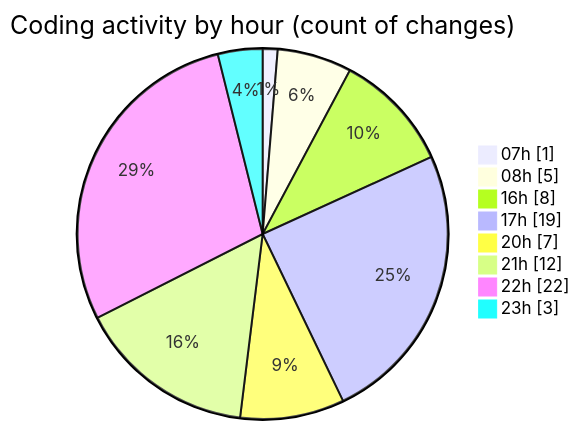
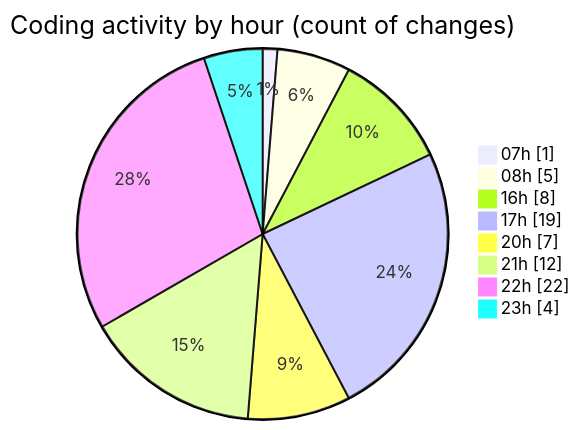
The second of 2 diagrams in 2025-02-13/elitegpt/README.md (Elitesun/code-tracking), drawn with Mermaid before and after one commit. The commit also changed other lines of this file and 1 other file, not shown here.

````diff
--- a/2025-02-13/elitegpt/README.md
+++ b/2025-02-13/elitegpt/README.md
@@ -40,12 +40,12 @@
 ```mermaid
 pie showData
 title Coding activity by hour (count of changes)
 "07h" : 1
 "08h" : 5
 "16h" : 8
 "17h" : 19
 "20h" : 7
 "21h" : 12
 "22h" : 22
-"23h" : 3
+"23h" : 4
 ```
````
